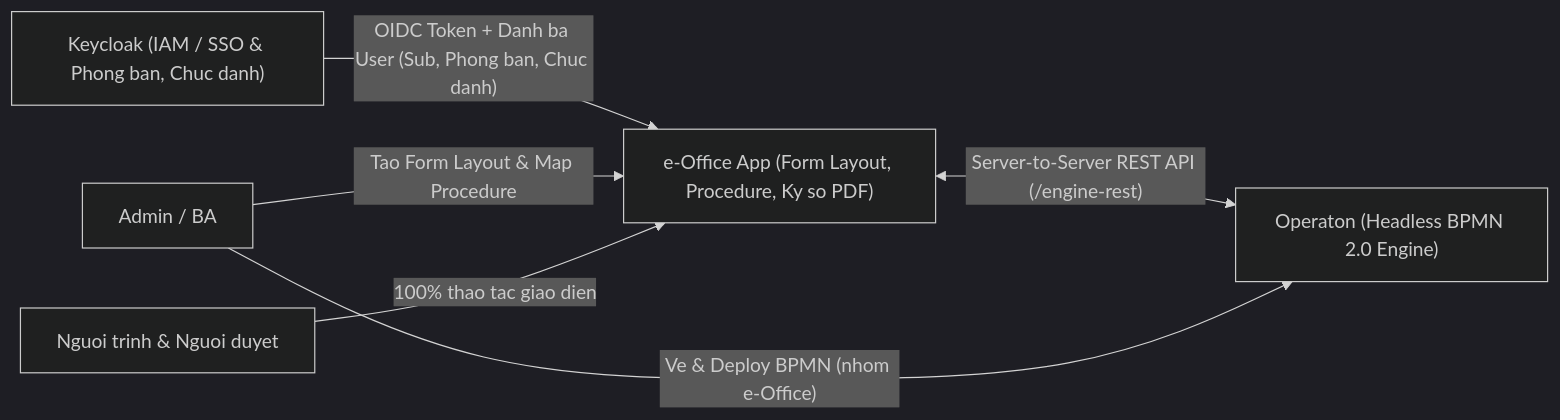
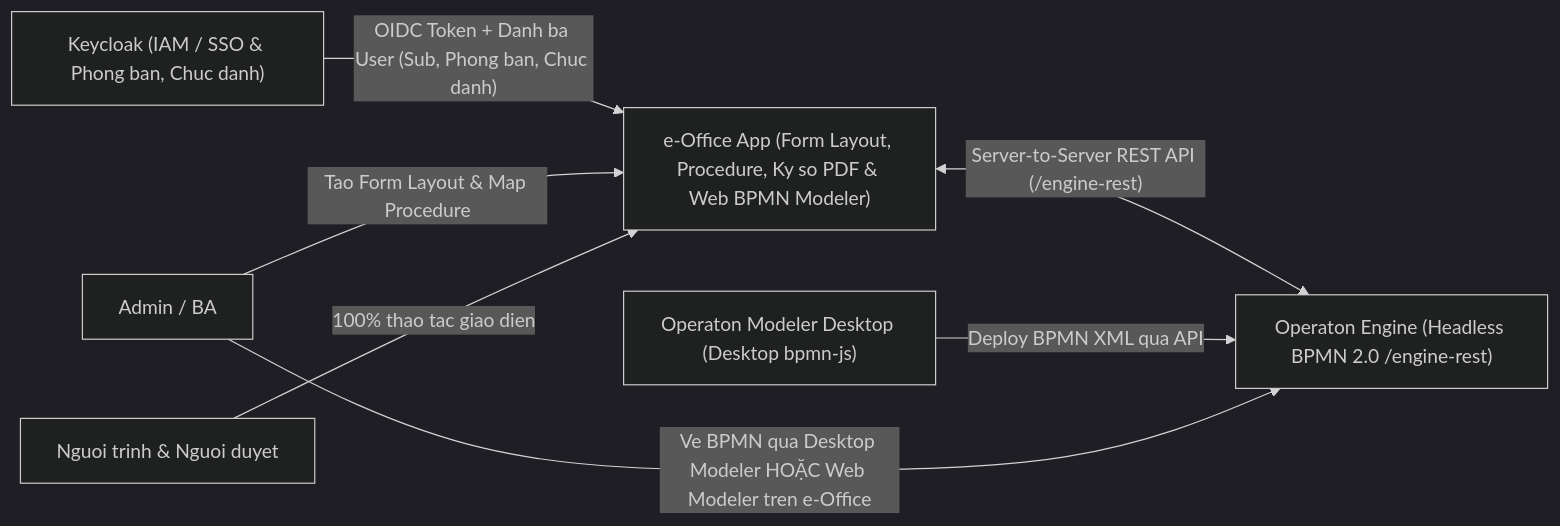
One commit to ngoctruonggiang/E_Office changed the diagram in E_Office_Docs/00-overview/01-vision-and-3-pillars.md. Above: the diagram before and after it, drawn with Mermaid (dark theme). The commit also changed other lines of this file and 44 other files, not shown here.

````diff
--- a/E_Office_Docs/00-overview/01-vision-and-3-pillars.md
+++ b/E_Office_Docs/00-overview/01-vision-and-3-pillars.md
@@ -11,12 +11,14 @@
 ```mermaid
 flowchart LR
   KC["Keycloak (IAM / SSO & Phong ban, Chuc danh)"]
-  OP["Operaton (Headless BPMN 2.0 Engine)"]
-  EO["e-Office App (Form Layout, Procedure, Ky so PDF)"]
+  OP["Operaton Engine (Headless BPMN 2.0 /engine-rest)"]
+  EO["e-Office App (Form Layout, Procedure, Ky so PDF & Web BPMN Modeler)"]
+  Modeler["Operaton Modeler Desktop (Desktop bpmn-js)"]
 
   KC -->|"OIDC Token + Danh ba User (Sub, Phong ban, Chuc danh)"| EO
   EO <-->|"Server-to-Server REST API (/engine-rest)"| OP
-  Admin["Admin / BA"] -->|"Ve & Deploy BPMN (nhom e-Office)"| OP
+  Modeler -->|"Deploy BPMN XML qua API"| OP
+  Admin["Admin / BA"] -->|"Ve BPMN qua Desktop Modeler HOẶC Web Modeler tren e-Office"| OP
   Admin -->|"Tao Form Layout & Map Procedure"| EO
   User["Nguoi trinh & Nguoi duyet"] -->|"100% thao tac giao dien"| EO
 ```
````
